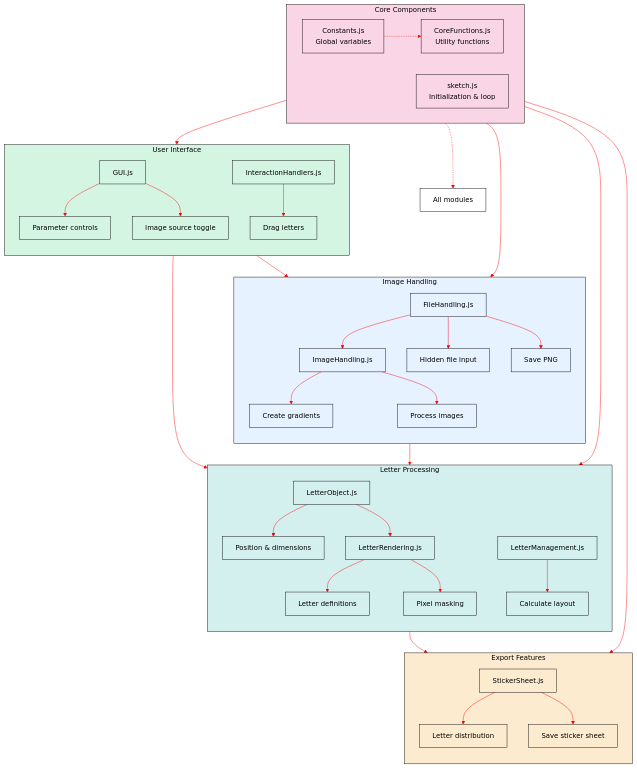
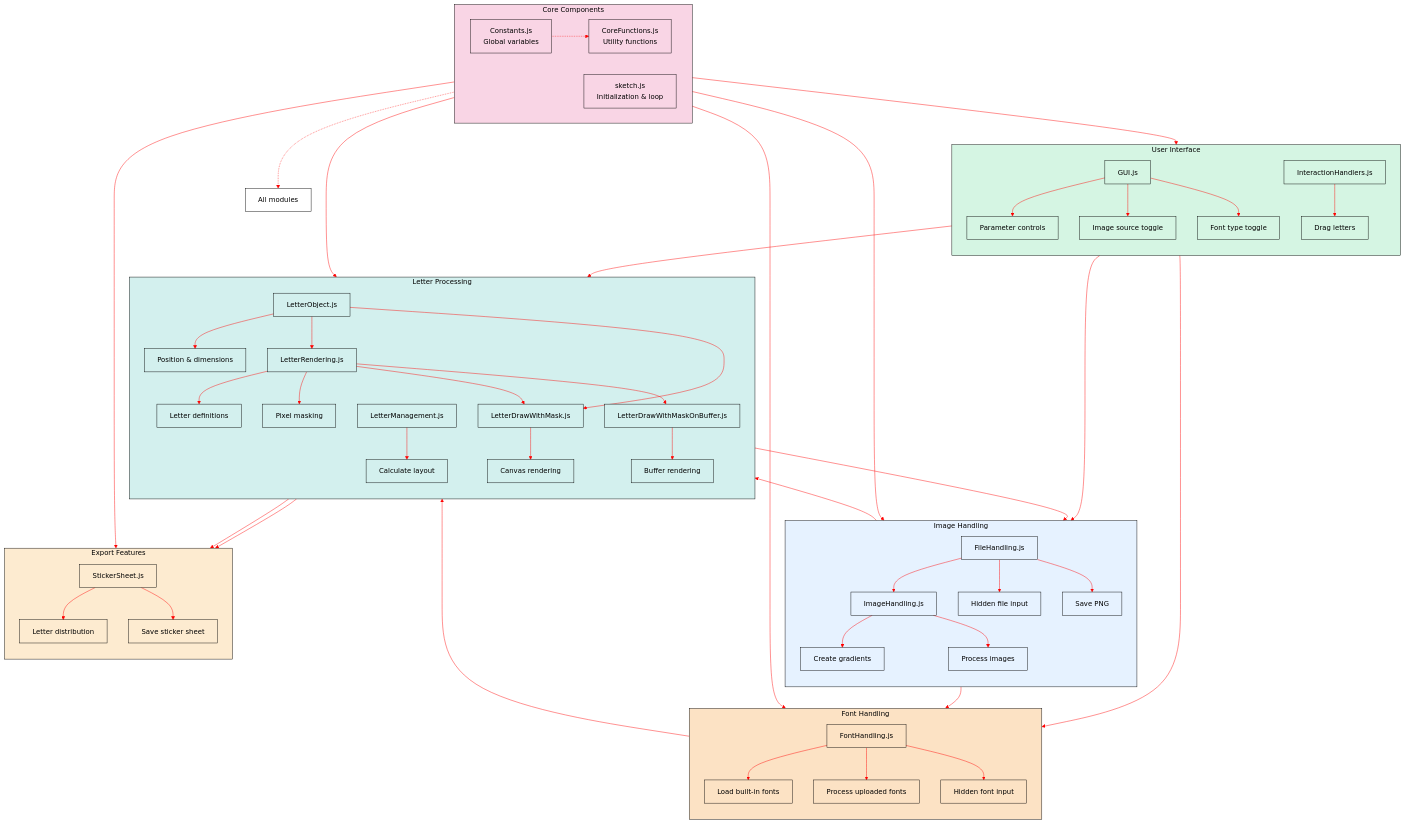
Before and after one commit to anyaepie/typo-cut: the second of 2 diagrams in README.md, drawn with Mermaid. The commit also changed other lines of this file, not shown here.

````diff
--- a/README.md
+++ b/README.md
@@ -102,6 +112,14 @@
         FileHandling --> SaveOutput[Save PNG]
     end
     
+    %% Font Processing
+    subgraph Font[Font Handling]
+        direction TB
+        FontHandling[FontHandling.js] --> LoadFonts[Load built-in fonts]
+        FontHandling --> ProcessFonts[Process uploaded fonts]
+        FontHandling --> FontInput[Hidden font input]
+    end
+    
     %% Letter Processing 
     subgraph Letter[Letter Processing]
         direction TB
@@ -109,6 +127,8 @@
         LetterRender[LetterRendering.js] --> LetterDef[Letter definitions]
         LetterRender --> Masking[Pixel masking]
         LetterManage[LetterManagement.js] --> Layout[Calculate layout]
+        LetterMaskDraw[LetterDrawWithMask.js] --> CanvasMasking[Canvas rendering]
+        LetterBufferDraw[LetterDrawWithMaskOnBuffer.js] --> BufferMasking[Buffer rendering]
     end
     
     %% User Interaction
@@ -116,6 +136,7 @@
         direction TB
         GUISetup[GUI.js] --> Controls[Parameter controls]
         GUISetup --> SourceType[Image source toggle]
+        GUISetup --> FontType[Font type toggle]
         Interaction[InteractionHandlers.js] --> Mouse[Drag letters]
     end
     
@@ -129,27 +150,37 @@
     %% Connections between components
     Constants -.-> All[All modules]
     Core --> Image
+    Core --> Font
     Core --> Letter
     Core --> UI
     Core --> Export
     GUISetup --> ImgHandling
+    GUISetup --> FontHandling
     Interaction --> LetterManage
     LetterObj --> LetterRender
+    LetterObj --> LetterMaskDraw
+    LetterRender --> LetterMaskDraw
+    LetterRender --> LetterBufferDraw
+    FontHandling --> LetterObj
     ImgHandling --> LetterManage
     FileHandling --> ImgHandling
+    FileHandling --> FontHandling
     LetterManage --> Sticker
-
+    LetterBufferDraw --> SaveOutput
+    LetterBufferDraw --> SaveSheet
+    
     classDef core fill:#f9d5e5,stroke:#000000,stroke-width:1px,color:#000000;
     classDef image fill:#e6f2ff,stroke:#000000,stroke-width:1px,color:#000000;
+    classDef font fill:#fce2c4,stroke:#000000,stroke-width:1px,color:#000000;
     classDef letter fill:#d3f0ee,stroke:#000000,stroke-width:1px,color:#000000;
     classDef ui fill:#d5f5e3,stroke:#000000,stroke-width:1px,color:#000000;
     classDef export fill:#fdebd0,stroke:#000000,stroke-width:1px,color:#000000;
     classDef default fill:#ffffff,stroke:#000000,stroke-width:1px,color:#000000;
-
+    
     class Constants,CoreFunctions,Sketch,Core core;
     class ImgHandling,FileHandling,Gradients,ProcessUploads,FileInput,SaveOutput,Image image;
-    class LetterObj,LetterRender,LetterManage,Properties,LetterDef,Masking,Layout,Letter letter;
-    class GUISetup,Interaction,Controls,SourceType,Mouse,UI ui;
+    class FontHandling,LoadFonts,ProcessFonts,FontInput,Font font;
+    class LetterObj,LetterRender,LetterManage,LetterMaskDraw,LetterBufferDraw,Properties,LetterDef,Masking,Layout,CanvasMasking,BufferMasking,Letter letter;
+    class GUISetup,Interaction,Controls,SourceType,FontType,Mouse,UI ui;
     class Sticker,Distribution,SaveSheet,Export export;
-
 ```
````
